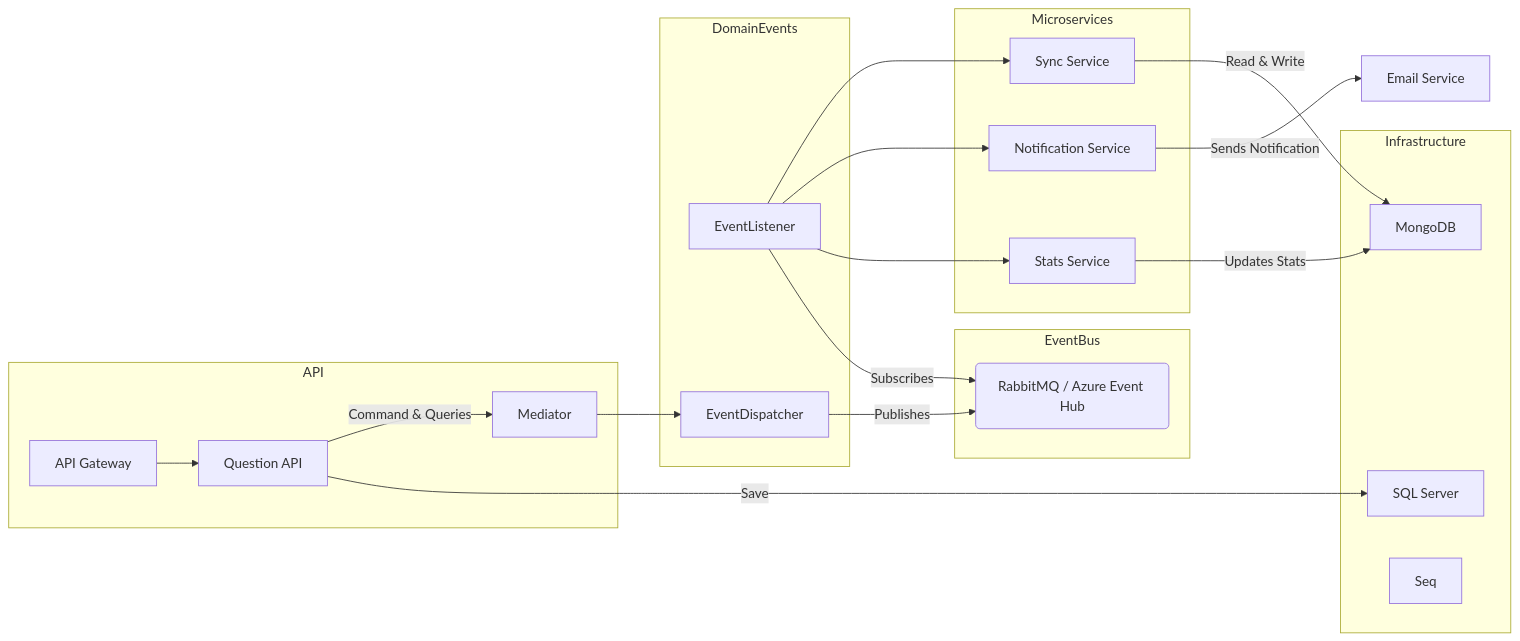
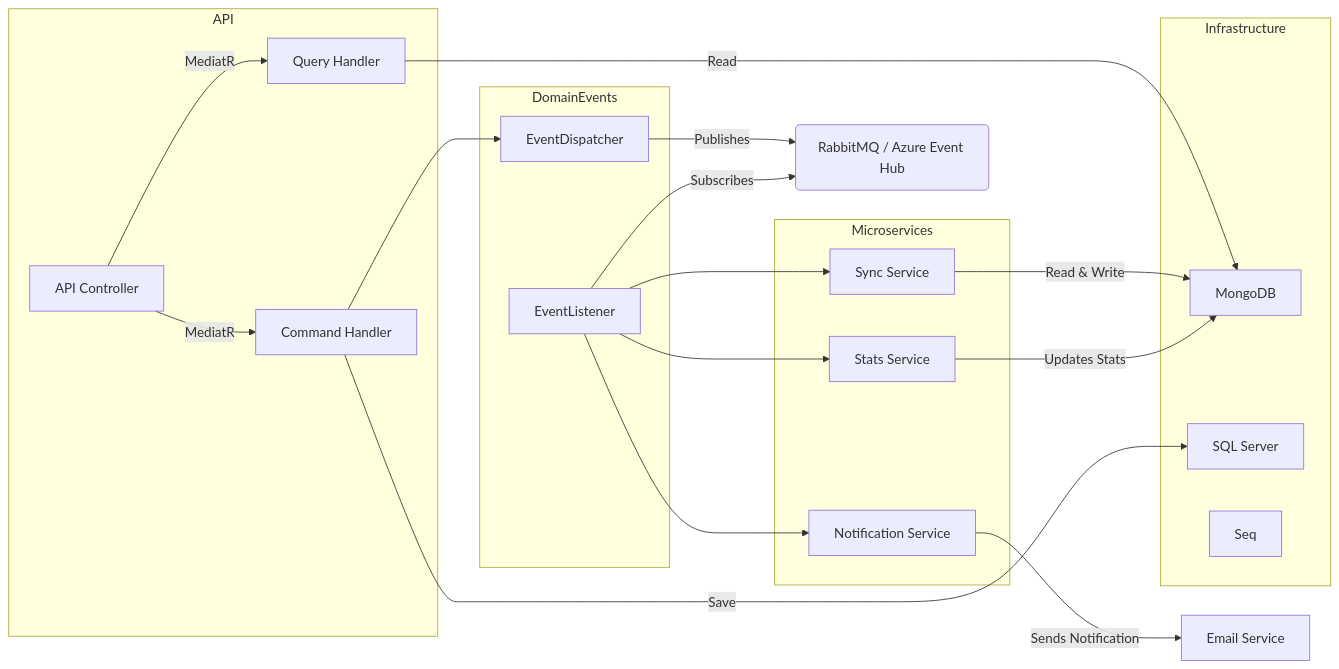
Before and after one commit to jgcarmona-com/ddd-cqrs-vsa-example: the sixth of 6 diagrams in docs/design-guidelines.md, drawn with Mermaid.

Commit message:
improved  Components Architecture Overview

````diff
--- a/docs/design-guidelines.md
+++ b/docs/design-guidelines.md
@@ -147,40 +147,40 @@
 ```mermaid
 graph LR;
     subgraph API
-        A1[API Gateway] --> A2[Question API]
-        A2 -->|Command & Queries| A3[Mediator]
+        A1[API Controller]
+        A1 -->|MediatR| A3[Query Handler]       
+        A1 -->|MediatR| A2[Command Handler]
     end
 
     subgraph DomainEvents
         B1[EventListener]
         B2[EventDispatcher]
     end
 
     subgraph Microservices
         C1[Sync Service]
         C2[Notification Service]
         C3[Stats Service]
     end
 
     subgraph Infrastructure
+        D2[MongoDB]
         D1[SQL Server]
-        D2[MongoDB]
         D3[Seq]
+        A2 -->|Save| D1[SQL Server]
+        A3 -->|Read| D2[MongoDB]
     end
 
-    A3 --> B2
     B1 --> C1
     B1 --> C2
     B1 --> C3
 
     C1 -->|Read & Write| D2
     C2 -->|Sends Notification| Email[Email Service]
     C3 -->|Updates Stats| D2
 
-    A2 -->|Save| D1
+    A2 --> B2
+    B2 -->|Publishes| RabbitMQ(RabbitMQ / Azure Event Hub)
+    B1 -->|Subscribes| RabbitMQ
 
-    subgraph EventBus
-        B2 -->|Publishes| RabbitMQ(RabbitMQ / Azure Event Hub)
-        B1 -->|Subscribes| RabbitMQ
-    end
 ```
````
